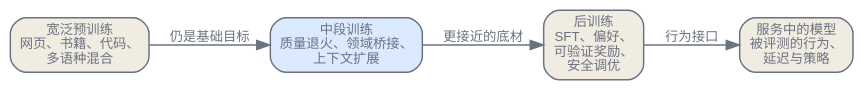
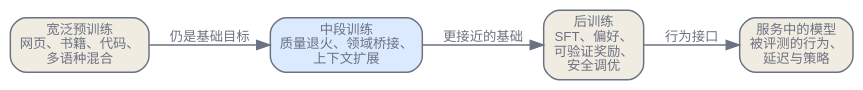
One commit to latere-ai/ai-as-an-infrastructure changed the diagram in zh/foundations/07-mid-training.qmd. Above: the diagram before and after it, drawn with Graphviz. The commit also changed other lines of this file and 7 other files, not shown here.

````diff
--- a/zh/foundations/07-mid-training.qmd
+++ b/zh/foundations/07-mid-training.qmd
@@ -25,18 +25,18 @@
 ```{dot}
 //| label: fig-mid-training-boundary
 //| fig-cap: "中段训练位于宽泛预训练与后训练之间。它仍采用接近预训练的更新，却改变数据配比、调度或上下文窗口，让后训练从更接近的分布出发。"
 digraph midtraining {
   bgcolor="transparent";
   rankdir=LR;
   nodesep=0.45; ranksep=0.45;
   node [shape=box, style="rounded,filled", fontname="Helvetica", fontsize=10, color="#6b7280", fontcolor="#6b7280", fillcolor="#f1ece1", penwidth=1.1];
   edge [fontsize=10, fontname="Helvetica", color="#6b7280", fontcolor="#6b7280"];
   A [label="宽泛预训练\n网页、书籍、代码、\n多语种混合"];
   B [label="中段训练\n质量退火、领域桥接、\n上下文扩展", fillcolor="#dbeafe"];
   C [label="后训练\nSFT、偏好、\n可验证奖励、\n安全调优"];
   D [label="服务中的模型\n被评测的行为、\n延迟与策略"];
   A -> B [label="仍是基础目标"];
-  B -> C [label="更接近的底材"];
+  B -> C [label="更接近的基础"];
   C -> D [label="行为接口"];
 }
 ```
````
